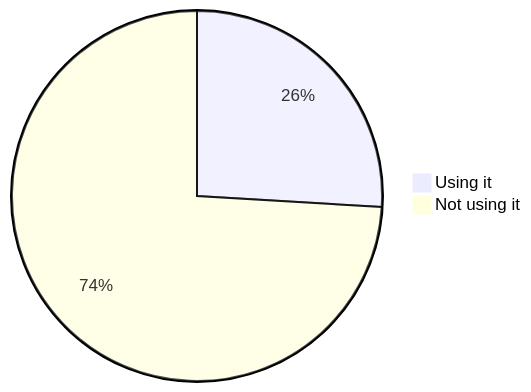
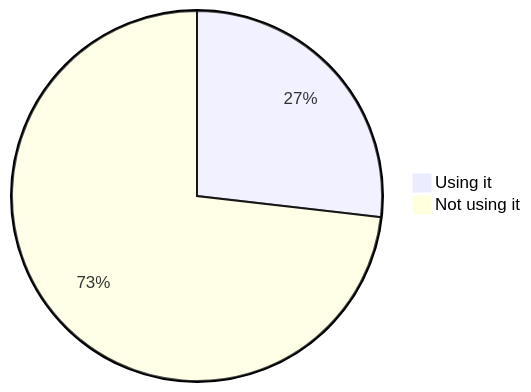
The ninth of 22 diagrams in stats.md (oshp/oshp-stats), drawn with Mermaid before and after one commit. The commit also changed other lines of this file, not shown here.

````diff
--- a/stats.md
+++ b/stats.md
@@ -106,6 +106,6 @@
 ```mermaid
 pie
-	"Using it" : 25.95
-	"Not using it" : 74.05
+	"Using it" : 26.83
+	"Not using it" : 73.17
 
 ```
````
